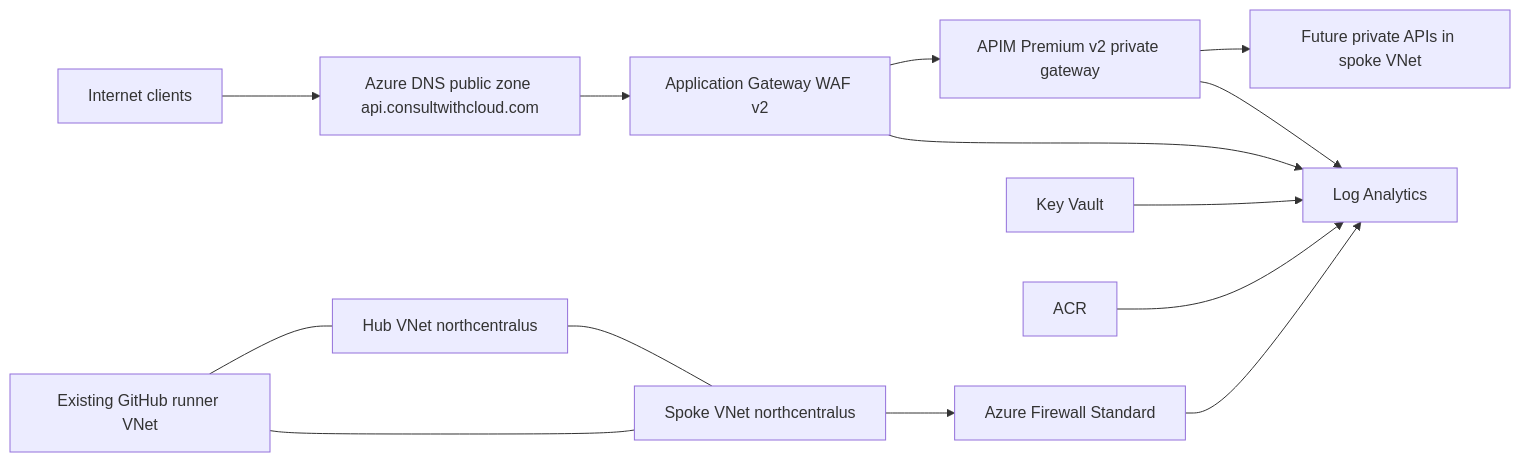
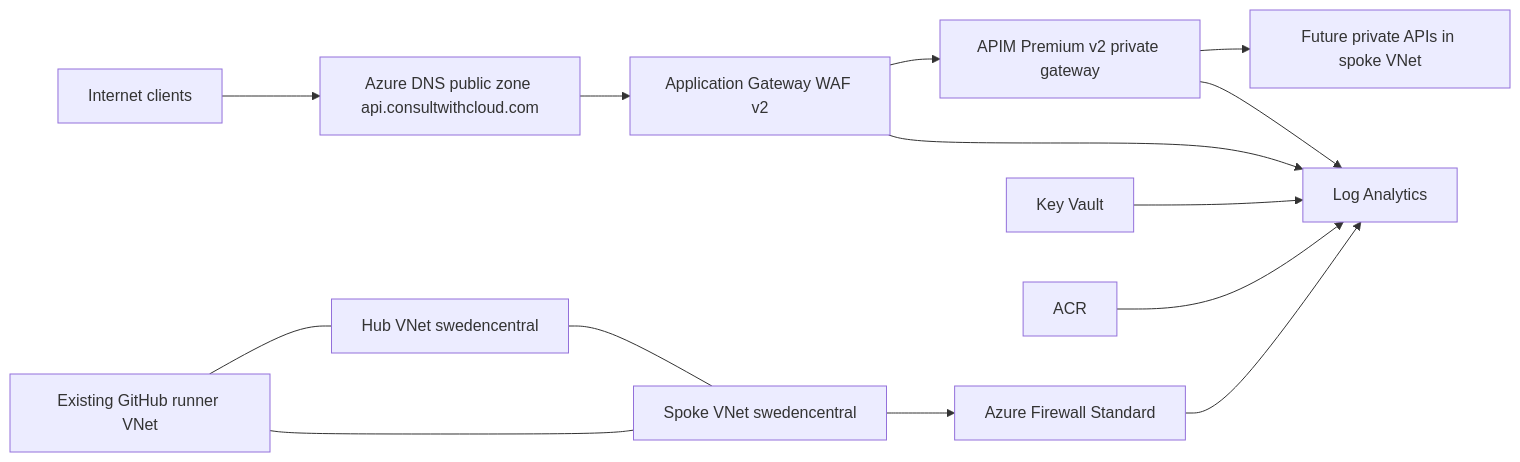
Before and after one commit to collaborationwithothers/azure-apim-ai-gateway-architecture-lab: the diagram in design-log/001-hub-spoke-apim-edge-platform.md, drawn with Mermaid. The commit also changed other lines of this file and 24 other files, not shown here.

````diff
--- a/design-log/001-hub-spoke-apim-edge-platform.md
+++ b/design-log/001-hub-spoke-apim-edge-platform.md
@@ -95,18 +95,18 @@
 ```mermaid
 flowchart LR
   internet[Internet clients] --> dns[Azure DNS public zone api.consultwithcloud.com]
   dns --> appgw[Application Gateway WAF v2]
   appgw --> apim[APIM Premium v2 private gateway]
   apim --> spoke[Future private APIs in spoke VNet]
 
-  runner[Existing GitHub runner VNet] --- hub[Hub VNet northcentralus]
-  runner --- spokeVnet[Spoke VNet northcentralus]
+  runner[Existing GitHub runner VNet] --- hub[Hub VNet swedencentral]
+  runner --- spokeVnet[Spoke VNet swedencentral]
   hub --- spokeVnet
 
   spokeVnet --> fw[Azure Firewall Standard]
   appgw --> law[Log Analytics]
   apim --> law
   fw --> law
   kv[Key Vault] --> law
   acr[ACR] --> law
 ```
````
